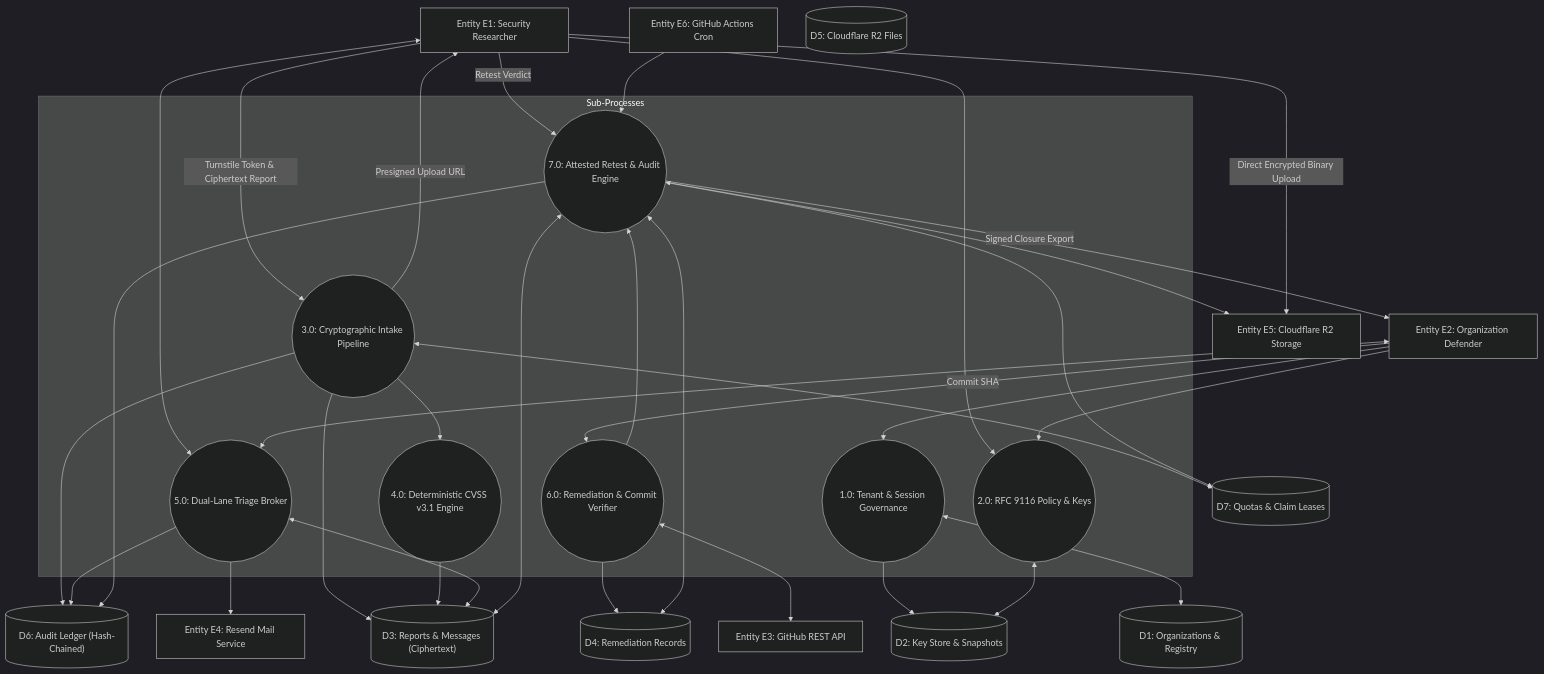
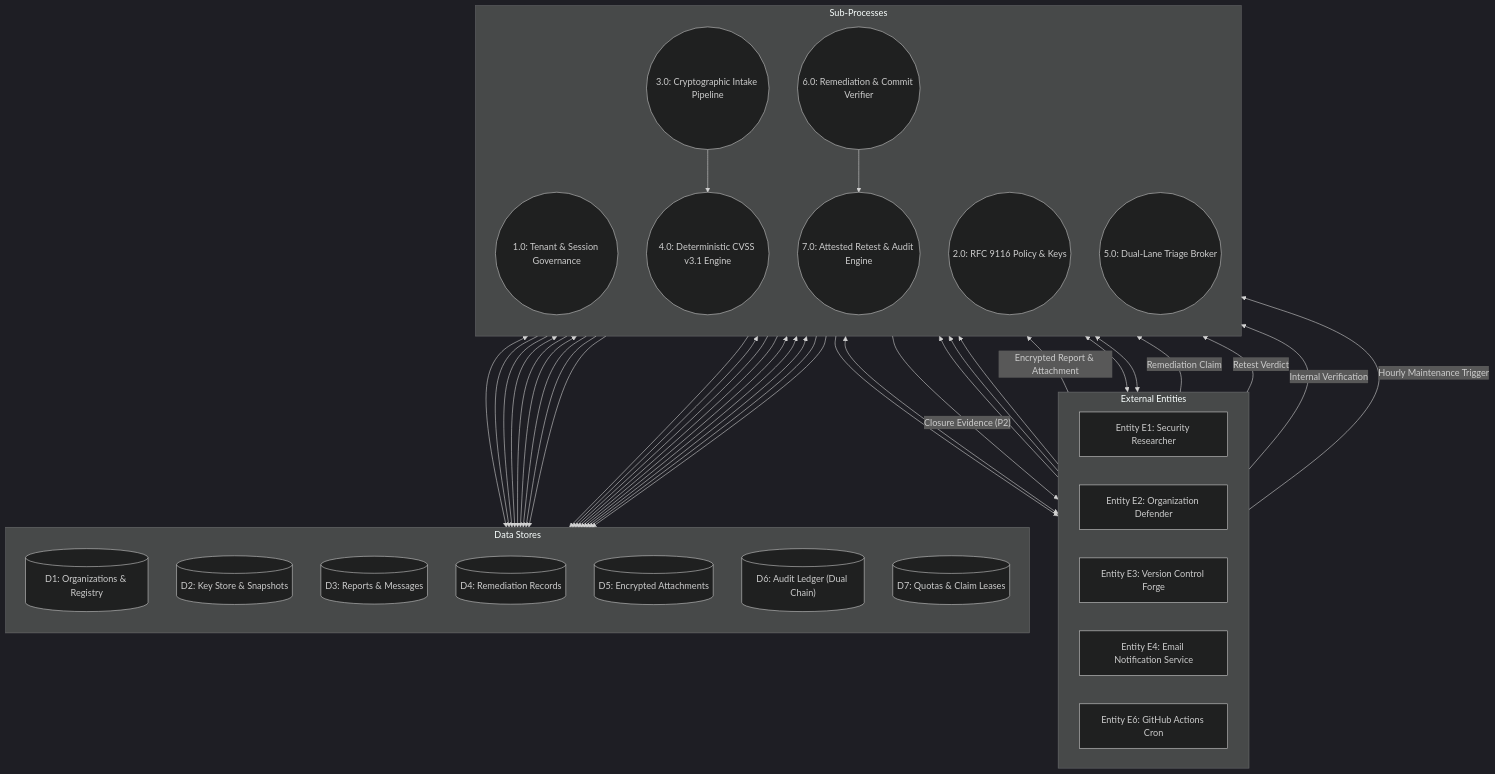
The third of 3 diagrams in tasks/week-03-high-level-architecture-cloud-topology.md (Taha-Asad/BugBountyTracker), drawn with Mermaid (dark theme) before and after one commit. The commit also changed other lines of this file and 16 other files, not shown here.

Commit message:
fix(arch): align Week 3 architecture with submitted SRS Revision 2.8 and university evaluator feedback

````diff
--- a/tasks/week-03-high-level-architecture-cloud-topology.md
+++ b/tasks/week-03-high-level-architecture-cloud-topology.md
@@ -112,55 +124,67 @@
 ```mermaid
 flowchart TB
-    E1["Entity E1: Security Researcher"]
-    E2["Entity E2: Organization Defender"]
-    E3["Entity E3: GitHub REST API"]
-    E4["Entity E4: Resend Mail Service"]
-    E5["Entity E5: Cloudflare R2 Storage"]
-    E6["Entity E6: GitHub Actions Cron"]
+    %% External Entities
+    subgraph ENTITIES["External Entities"]
+        direction LR
+        E1["Entity E1: Security Researcher"]
+        E2["Entity E2: Organization Defender"]
+        E3["Entity E3: Version Control Forge"]
+        E4["Entity E4: Email Notification Service"]
+        E6["Entity E6: GitHub Actions Cron"]
+    end
 
-    D1[("D1: Organizations & Registry")]
-    D2[("D2: Key Store & Snapshots")]
-    D3[("D3: Reports & Messages (Ciphertext)")]
-    D4[("D4: Remediation Records")]
-    D5[("D5: Cloudflare R2 Files")]
-    D6[("D6: Audit Ledger (Hash-Chained)")]
-    D7[("D7: Quotas & Claim Leases")]
+    %% Data Stores
+    subgraph STORES["Data Stores"]
+        direction TB
+        D1[("D1: Organizations & Registry")]
+        D2[("D2: Key Store & Snapshots")]
+        D3[("D3: Reports & Messages")]
+        D4[("D4: Remediation Records")]
+        D5[("D5: Encrypted Attachments")]
+        D6[("D6: Audit Ledger (Dual Chain)")]
+        D7[("D7: Quotas & Claim Leases")]
+    end
 
+    %% Sub-Processes
     subgraph SUBPROCESSES["Sub-Processes"]
+        direction TB
         P1(("1.0: Tenant & Session Governance"))
         P2(("2.0: RFC 9116 Policy & Keys"))
         P3(("3.0: Cryptographic Intake Pipeline"))
         P4(("4.0: Deterministic CVSS v3.1 Engine"))
         P5(("5.0: Dual-Lane Triage Broker"))
         P6(("6.0: Remediation & Commit Verifier"))
         P7(("7.0: Attested Retest & Audit Engine"))
     end
 
     E2 --> P1 <--> D1
     P1 --> D2
+    P1 --> D6
     E1 --> P2 <--> D2
     E2 --> P2
-    E1 -- "Turnstile Token & Ciphertext Report" --> P3
+    P2 --> D6
+    E1 -- "Encrypted Report & Attachment" --> P3
     P3 <--> D7
-    P3 -- "Presigned Upload URL" --> E1
-    E1 -- "Direct Encrypted Binary Upload" --> E5
     P3 --> D3
+    P3 --> D5
     P3 --> D6
     P3 --> P4
     P4 --> D3
     E1 <--> P5 <--> D3
     E2 <--> P5
     P5 --> E4
     P5 --> D6
-    E2 -- "Commit SHA" --> P6
+    E2 -- "Remediation Claim" --> P6
     P6 <--> E3
     P6 --> D4
     P6 --> P7
     E1 -- "Retest Verdict" --> P7
+    E2 -- "Internal Verification" --> P7
     P7 <--> D3
     P7 <--> D4
+    P7 <--> D7
+    P7 --> D5
     P7 --> D6
-    P7 -- "Signed Closure Export" --> E2
-    E6 --> P7 <--> D7
-    P7 --> E5
+    P7 -- "Closure Evidence (P2)" --> E2
+    E6 -- "Hourly Maintenance Trigger" --> P7
 ```
````
